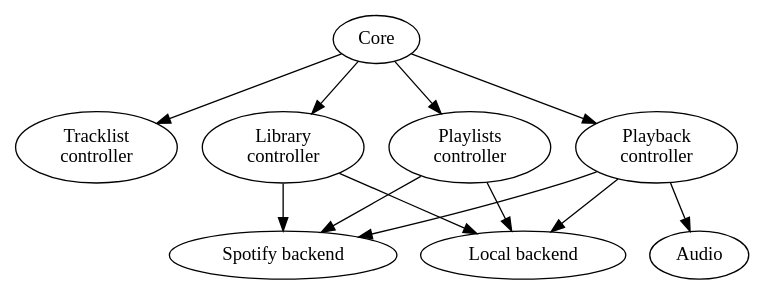
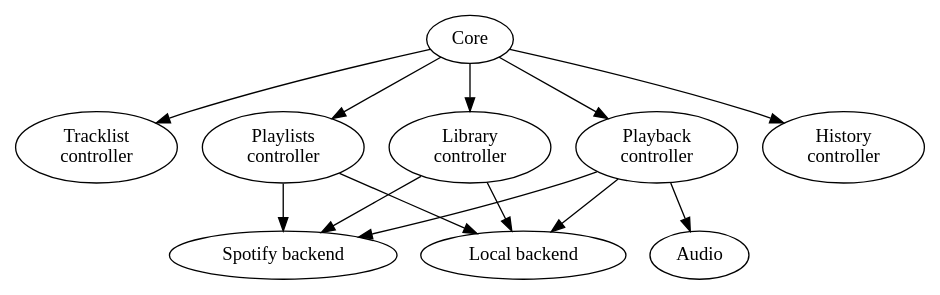
The third of 4 diagrams in docs/api/concepts.rst (mopidy/mopidy), drawn with Graphviz before and after one commit. The commit also changed other lines of this file, not shown here.

```diff
--- a/docs/api/concepts.rst
+++ b/docs/api/concepts.rst
@@ -52,16 +53,17 @@
 .. digraph:: core_architecture
 
     Core -> "Tracklist\ncontroller"
     Core -> "Library\ncontroller"
     Core -> "Playback\ncontroller"
     Core -> "Playlists\ncontroller"
+    Core -> "History\ncontroller"
 
     "Library\ncontroller" -> "Local backend"
     "Library\ncontroller" -> "Spotify backend"
 
     "Playback\ncontroller" -> "Local backend"
     "Playback\ncontroller" -> "Spotify backend"
     "Playback\ncontroller" -> Audio
 
     "Playlists\ncontroller" -> "Local backend"
     "Playlists\ncontroller" -> "Spotify backend"
```
